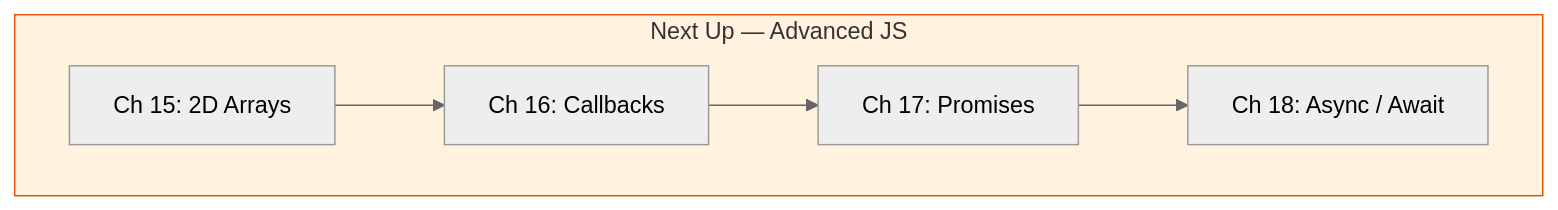
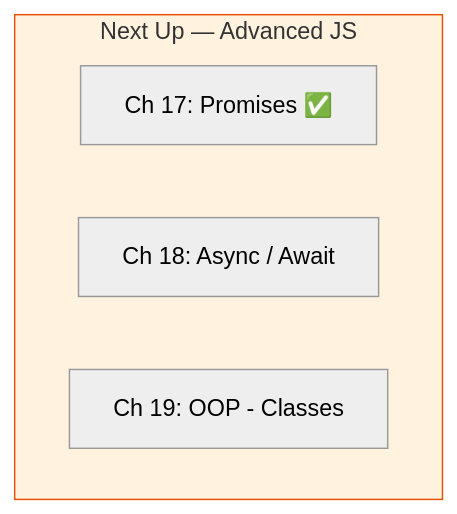
Diagram 28 of 30 in README.md (azherkhan0215-qa/LearnPlayWrightBatch2X), drawn with Mermaid (neutral theme) before and after one commit. The commit also changed other lines of this file and 12 other files, not shown here.

````diff
--- a/README.md
+++ b/README.md
@@ -1704,10 +1769,10 @@
 ```mermaid
 graph TD
     subgraph next["Next Up — Advanced JS"]
-        N1["Ch 15: 2D Arrays"] --> N2[Ch 16: Callbacks]
-        N2 --> N3[Ch 17: Promises]
-        N3 --> N4[Ch 18: Async / Await]
+        N1["Ch 17: Promises ✅"]
+        N2["Ch 18: Async / Await"]
+        N3["Ch 19: OOP - Classes"]
     end
 
     style next fill:#fff3e0,stroke:#e65100
 ```
````
